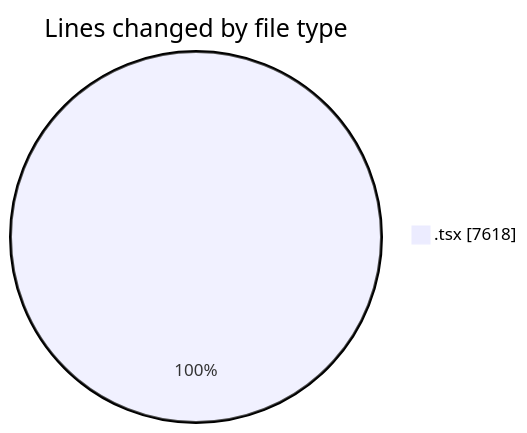
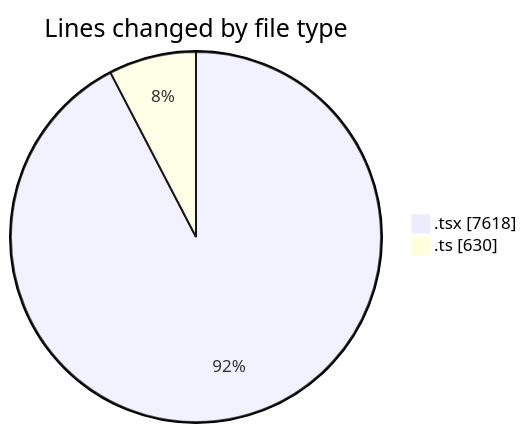
One commit to nxtqubesakshisongat/code-tracking changed the first of 2 diagrams in 2026-08-24/nxtqube_webapp/README.md. Above: the diagram before and after it, drawn with Mermaid. The commit also changed other lines of this file and 1 other file, not shown here.

````diff
--- a/2026-08-24/nxtqube_webapp/README.md
+++ b/2026-08-24/nxtqube_webapp/README.md
@@ -33,5 +34,6 @@
 ```mermaid
 pie showData
 title Lines changed by file type
 ".tsx" : 7618
+".ts" : 630
 ```
````
